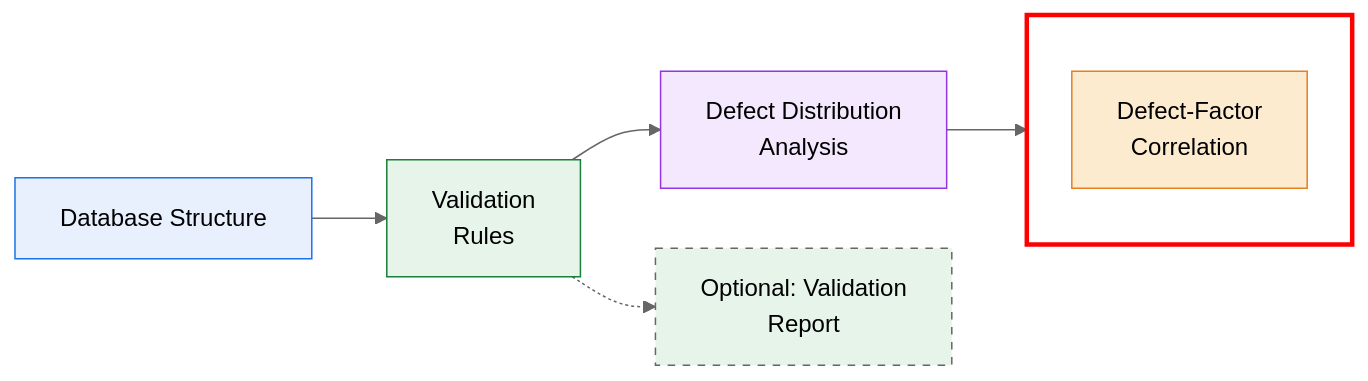
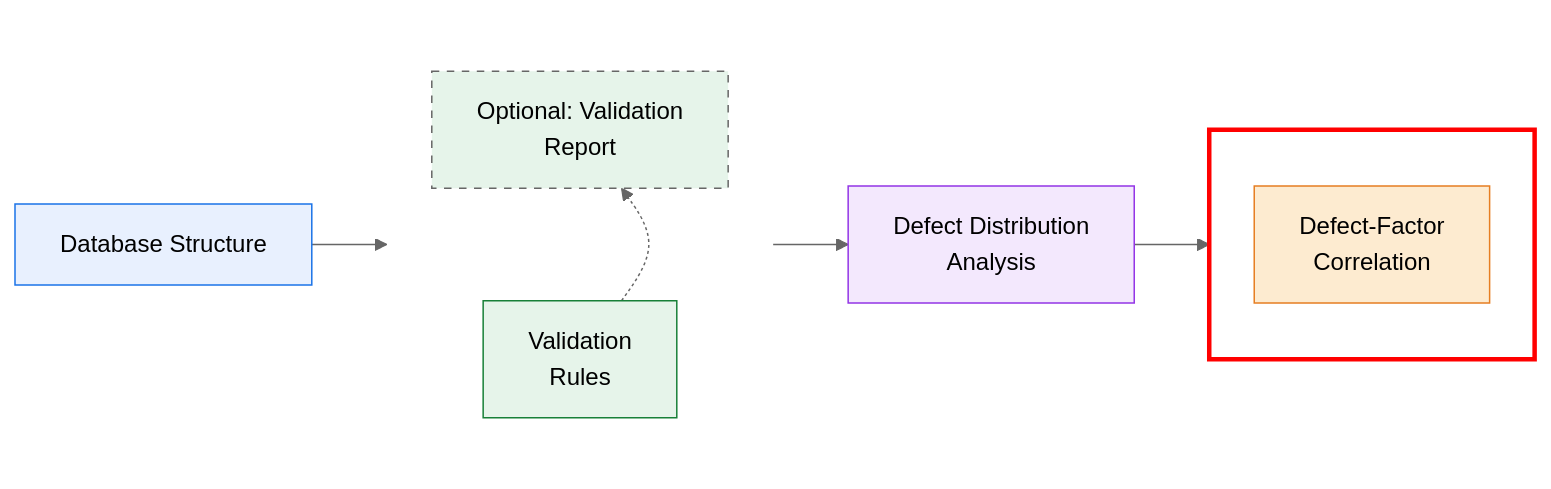
Before and after one commit to SewerDefectAnalysis/Defect_Factor_Interaction: the diagram in README.md, drawn with Mermaid (neutral theme).

Commit message:
Revise README for project details and instructions
Updated project overview, code structure, input data, installation instructions, and appendix in README.md.

````diff
--- a/README.md
+++ b/README.md
@@ -7,35 +7,54 @@
 ```mermaid
+%%{init: {'flowchart': {'nodeSpacing': 40, 'rankSpacing': 50}}}%%
 %%{init: {'flowchart': {'nodeSpacing': 40, 'rankSpacing': 50}}}%%
 flowchart LR
 
-    A[Database Structure]:::data --> B[Validation<br/>Rules]:::validation
-    B --> D[Defect Distribution<br/>Analysis]:::analysis
-    D --> E
+    A[Database Structure]:::data
 
-    C[Optional: Validation<br/>Report]:::optional
-    B -.-> C
+    subgraph validationColumn[ ]
+        direction TB
+        C[Optional: Validation<br/>Report]:::optional
+        B[Validation<br/>Rules]:::validation
 
-    %% Red box ONLY around E
+        C ~~~ B
+    end
+
+    D[Defect Distribution<br/>Analysis]:::analysis
+
     subgraph boxE[ ]
         direction TB
         E[Defect-Factor<br/>Correlation]:::analysisP2
     end
 
+    %% Main workflow
+    A --> B
+    B --> D
+    D --> E
+
+    %% Optional connection
+    B -.-> C
+
+    %% Remove border around the positioning subgraph
+    style validationColumn fill:none,stroke:none
+
+    %% Red box around E
     style boxE stroke:#FF0000,stroke-width:3px,fill:none
+
 
     %% Click links
     click A "https://github.com/SewerDefectAnalysis/Database_Structure"
     click B "https://github.com/SewerDefectAnalysis/Data_validation"
     click C "https://github.com/SewerDefectAnalysis/Data_validation"
     click D "https://github.com/SewerDefectAnalysis/Defect_description"
     click E "https://github.com/SewerDefectAnalysis/Defect_Factor_Correlation"
 
+
     %% Styles
     classDef data fill:#E8F0FE,stroke:#1A73E8
     classDef validation fill:#E6F4EA,stroke:#188038
     classDef analysis fill:#F3E8FD,stroke:#9334E6
     classDef analysisP2 fill:#FDEBD0,stroke:#E67E22
-    classDef optional fill:#E6F4EA,stroke:#666666,stroke-dasharray: 5 5
+    classDef optional fill:#E6F4EA,stroke:#666666,stroke-dasharray:5 5
 
 
 ```
````
